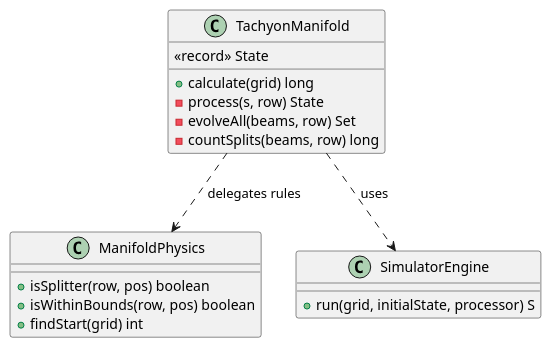
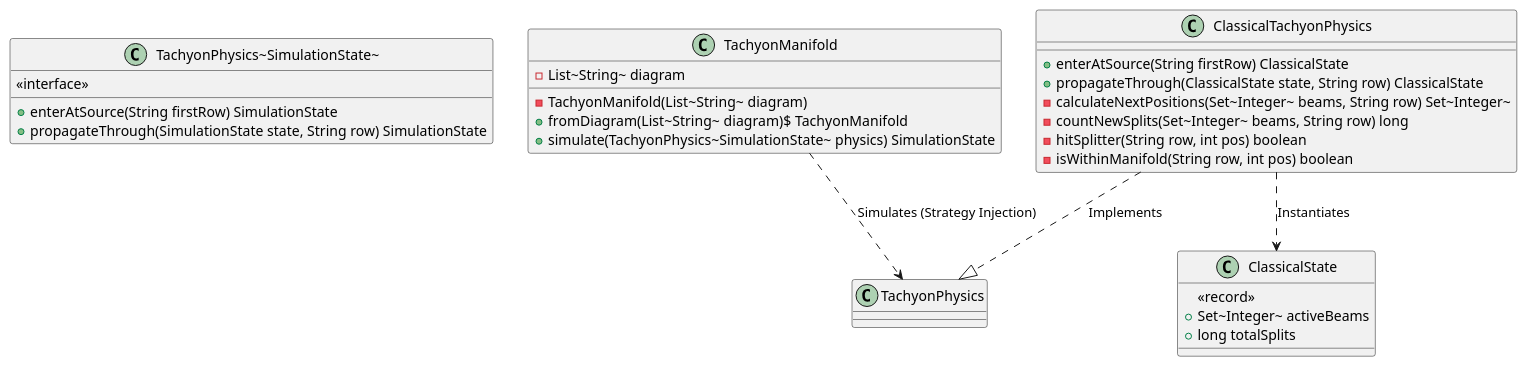
Before and after one commit to duniasr/AoC2025: the diagram in diagrams/day07a.puml, drawn with PlantUML. The commit also changed 17 other files, not shown here.

```diff
--- a/diagrams/day07a.puml
+++ b/diagrams/day07a.puml
@@ -1,20 +1,33 @@
 @startumlclassDiagram
-             class ManifoldPhysics {
-                 +isSplitter(row, pos) boolean
-                 +isWithinBounds(row, pos) boolean
-                 +findStart(grid) int
-             }
-             class SimulatorEngine {
-                 +run(grid, initialState, processor) S
-             }
-             class TachyonManifold {
-                 <<record>> State
-                 +calculate(grid) long
-                 -process(s, row) State
-                 -evolveAll(beams, row) Set
-                 -countSplits(beams, row) long
+             class TachyonPhysics~SimulationState~ {
+                 <<interface>>
+                 +enterAtSource(String firstRow) SimulationState
+                 +propagateThrough(SimulationState state, String row) SimulationState
              }
 
-             TachyonManifold ..> SimulatorEngine : uses
-             TachyonManifold ..> ManifoldPhysics : delegates rules
+             class TachyonManifold {
+                 -List~String~ diagram
+                 -TachyonManifold(List~String~ diagram)
+                 +fromDiagram(List~String~ diagram)$ TachyonManifold
+                 +simulate(TachyonPhysics~SimulationState~ physics) SimulationState
+             }
+
+             class ClassicalTachyonPhysics {
+                 +enterAtSource(String firstRow) ClassicalState
+                 +propagateThrough(ClassicalState state, String row) ClassicalState
+                 -calculateNextPositions(Set~Integer~ beams, String row) Set~Integer~
+                 -countNewSplits(Set~Integer~ beams, String row) long
+                 -hitSplitter(String row, int pos) boolean
+                 -isWithinManifold(String row, int pos) boolean
+             }
+
+             class ClassicalState {
+                 <<record>>
+                 +Set~Integer~ activeBeams
+                 +long totalSplits
+             }
+
+             ClassicalTachyonPhysics ..|> TachyonPhysics : Implements
+             TachyonManifold ..> TachyonPhysics : Simulates (Strategy Injection)
+             ClassicalTachyonPhysics ..> ClassicalState : Instantiates
 @enduml
```
